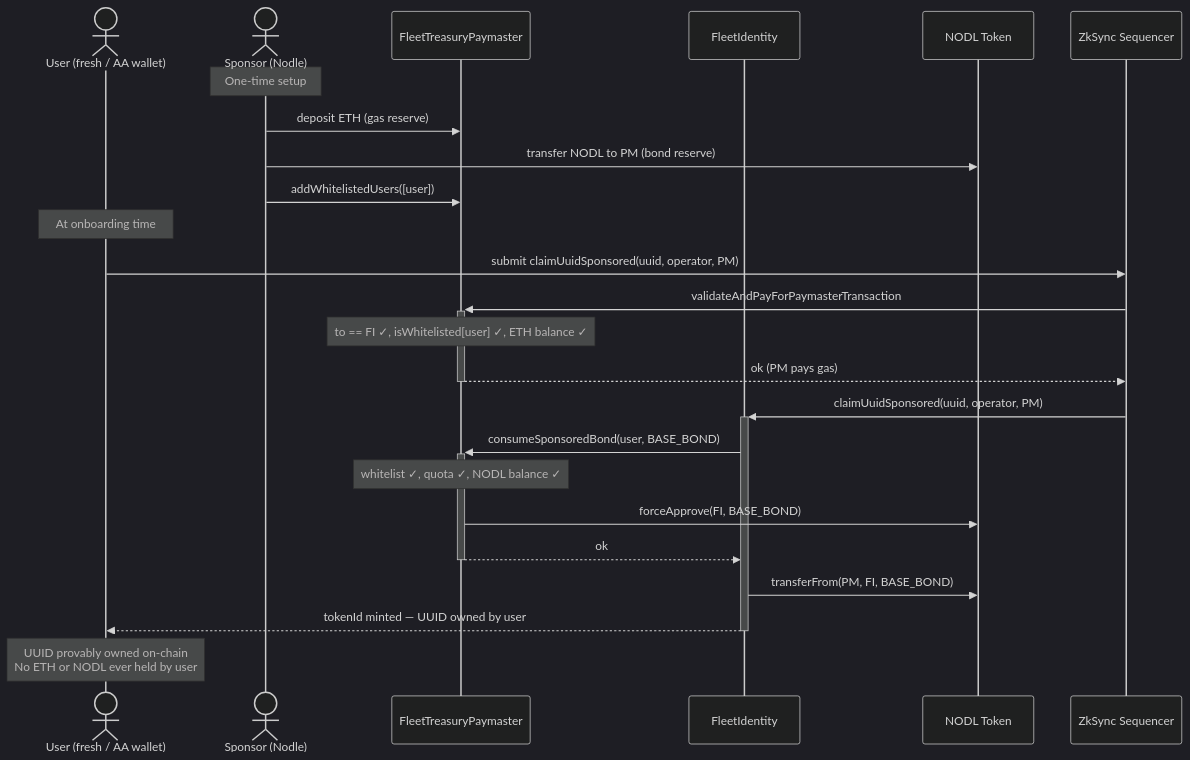
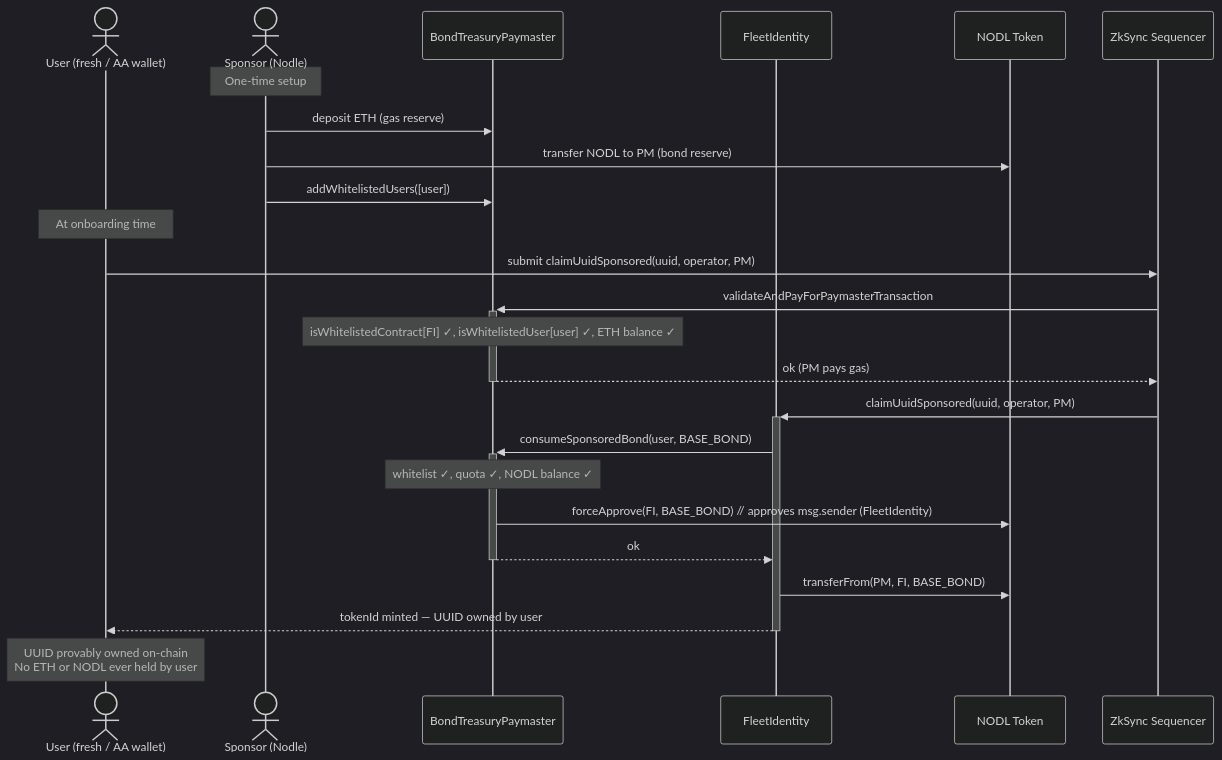
Before and after one commit to NodleCode/rollup: diagram 16 of 16 in src/swarms/doc/spec/swarm-specification.md, drawn with Mermaid (dark theme). The commit also changed other lines of this file and 3 other files, not shown here.

First line of the commit message:
FleetTreasuryPaymaster — whitelisted contract destinations (#102)

````diff
--- a/src/swarms/doc/spec/swarm-specification.md
+++ b/src/swarms/doc/spec/swarm-specification.md
@@ -1534,30 +1531,30 @@
 ```mermaid
 sequenceDiagram
     actor User as User (fresh / AA wallet)
     actor Sponsor as Sponsor (Nodle)
-    participant PM as FleetTreasuryPaymaster
+    participant PM as BondTreasuryPaymaster
     participant FI as FleetIdentity
     participant TOKEN as NODL Token
     participant ZK as ZkSync Sequencer
 
     Note over Sponsor: One-time setup
     Sponsor->>PM: deposit ETH (gas reserve)
     Sponsor->>TOKEN: transfer NODL to PM (bond reserve)
     Sponsor->>PM: addWhitelistedUsers([user])
 
     Note over User: At onboarding time
     User->>ZK: submit claimUuidSponsored(uuid, operator, PM)
     ZK->>+PM: validateAndPayForPaymasterTransaction
-    Note over PM: to == FI ✓, isWhitelisted[user] ✓, ETH balance ✓
+    Note over PM: isWhitelistedContract[FI] ✓, isWhitelistedUser[user] ✓, ETH balance ✓
     PM-->>-ZK: ok (PM pays gas)
 
     ZK->>+FI: claimUuidSponsored(uuid, operator, PM)
     FI->>+PM: consumeSponsoredBond(user, BASE_BOND)
     Note over PM: whitelist ✓, quota ✓, NODL balance ✓
-    PM->>TOKEN: forceApprove(FI, BASE_BOND)
+    PM->>TOKEN: forceApprove(FI, BASE_BOND)  // approves msg.sender (FleetIdentity)
     PM-->>-FI: ok
     FI->>TOKEN: transferFrom(PM, FI, BASE_BOND)
     FI-->>-User: tokenId minted — UUID owned by user
 
     Note over User: UUID provably owned on-chain<br/>No ETH or NODL ever held by user
 ```
````
